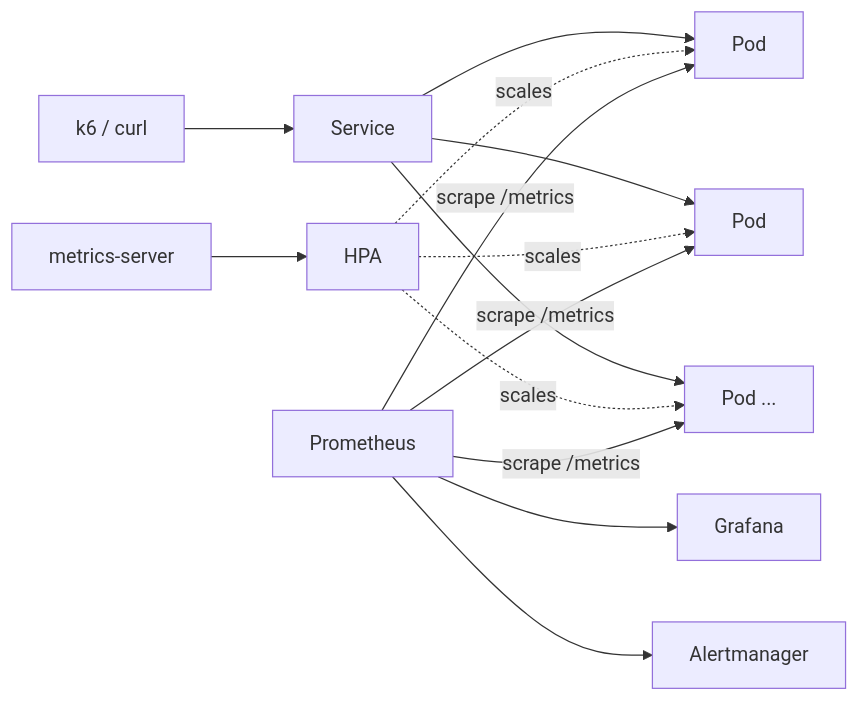
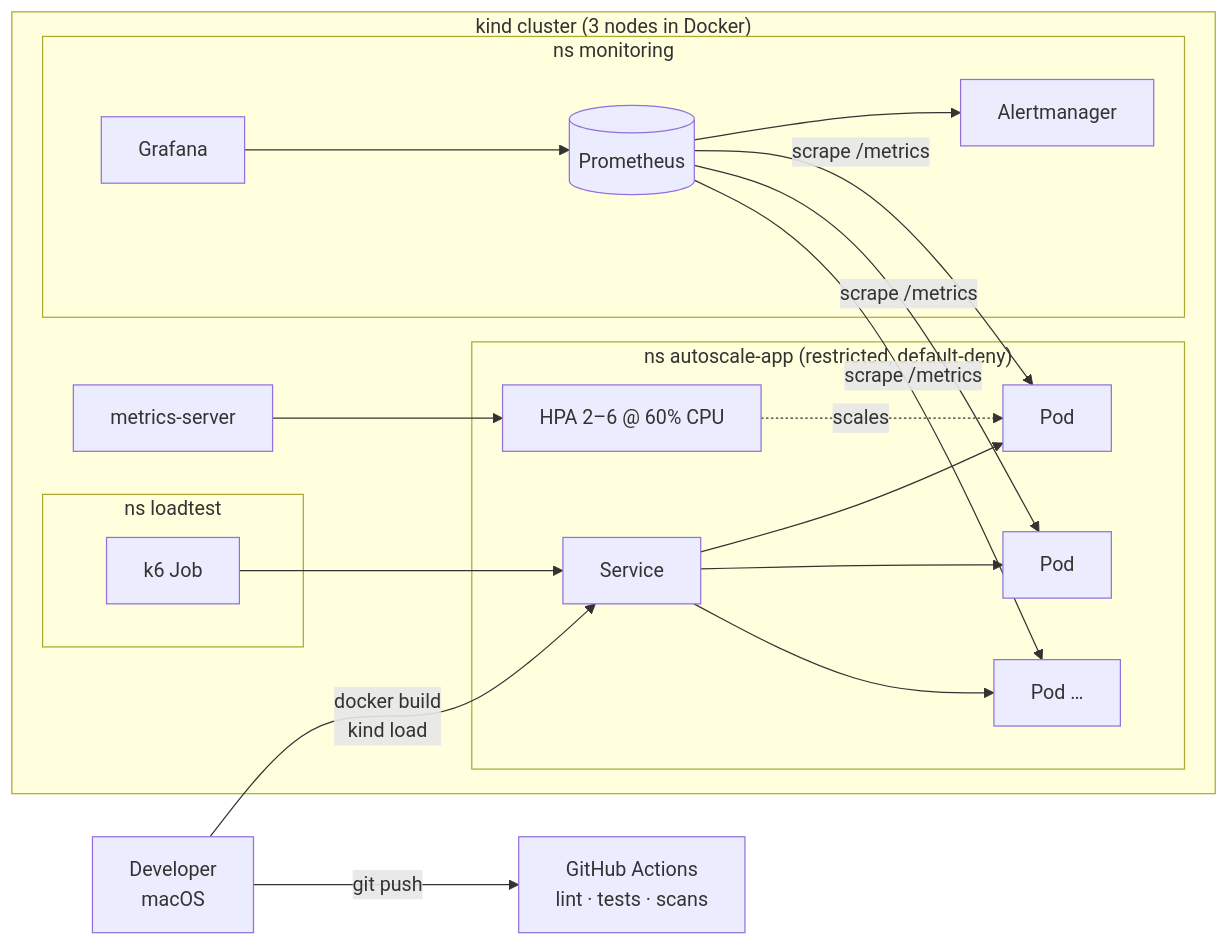
The first of 3 diagrams in README.md (Saurabhkaran11/kbernetes-autoscaling-patform), drawn with Mermaid before and after one commit. The commit also changed other lines of this file and 1 other file, not shown here.

````diff
--- a/README.md
+++ b/README.md
@@ -31,10 +49,20 @@
 ```mermaid
 flowchart LR
-    user[k6 / curl] --> svc[Service]
-    svc --> p1[Pod] & p2[Pod] & pN[Pod ...]
-    hpa[HPA] -.scales.-> p1 & p2 & pN
-    ms[metrics-server] --> hpa
-    prom[Prometheus] -->|scrape /metrics| p1 & p2 & pN
-    prom --> graf[Grafana]
-    prom --> am[Alertmanager]
+    dev[Developer<br/>macOS] -->|git push| gh[GitHub Actions<br/>lint · tests · scans]
+    dev -->|docker build<br/>kind load| svc
+    subgraph kind["kind cluster (3 nodes in Docker)"]
+        subgraph app["ns autoscale-app (restricted, default-deny)"]
+            svc[Service] --> p1[Pod] & p2[Pod] & pN[Pod …]
+            hpa[HPA 2–6 @ 60% CPU] -.scales.-> p1
+        end
+        ms[metrics-server] --> hpa
+        subgraph mon["ns monitoring"]
+            prom[(Prometheus)] --> am[Alertmanager]
+            graf[Grafana] --> prom
+        end
+        prom -->|scrape /metrics| p1 & p2 & pN
+        subgraph lt["ns loadtest"]
+            k6[k6 Job] --> svc
+        end
+    end
 ```
````
